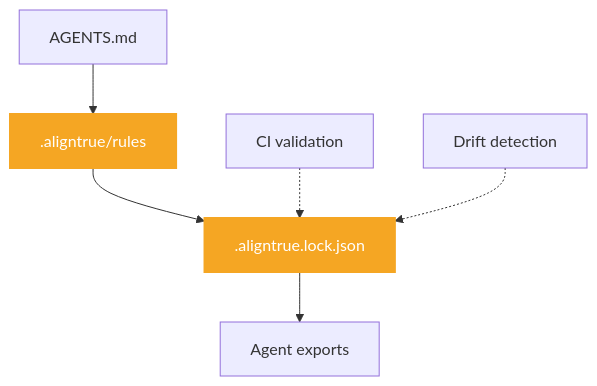
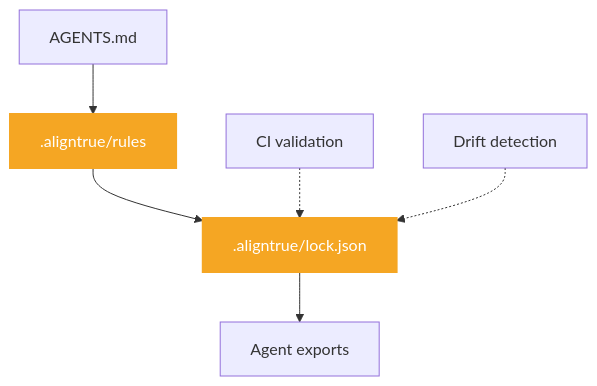
The second of 2 diagrams in apps/docs/content/00-getting-started/02-solo-vs-team-mode.md (AlignTrue/aligntrue-sync), drawn with Mermaid before and after one commit. The commit also changed other lines of this file and 53 other files, not shown here.

````diff
--- a/apps/docs/content/00-getting-started/02-solo-vs-team-mode.md
+++ b/apps/docs/content/00-getting-started/02-solo-vs-team-mode.md
@@ -49,11 +49,11 @@
 ```mermaid
 graph TD
     T1[AGENTS.md] --> T2[.aligntrue/rules]
-    T2 --> T3[.aligntrue.lock.json]
+    T2 --> T3[.aligntrue/lock.json]
     T3 --> T4[Agent exports]
     T5[CI validation] -.-> T3
     T6[Drift detection] -.-> T3
 
     style T2 fill:#F5A623,stroke:#F5A623,color:#fff,stroke-width:2px
     style T3 fill:#F5A623,stroke:#F5A623,color:#fff,stroke-width:2px
 ```
````
